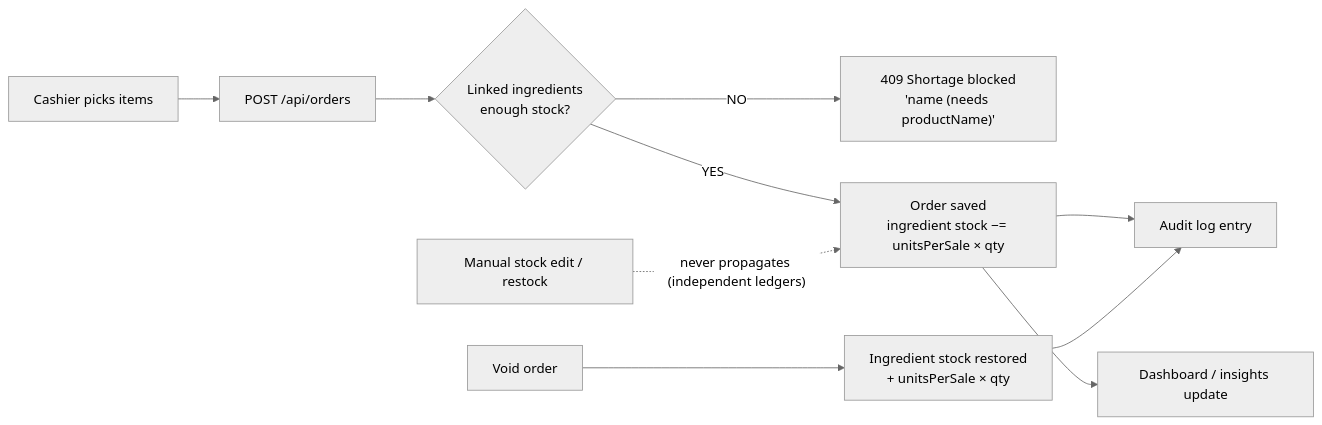
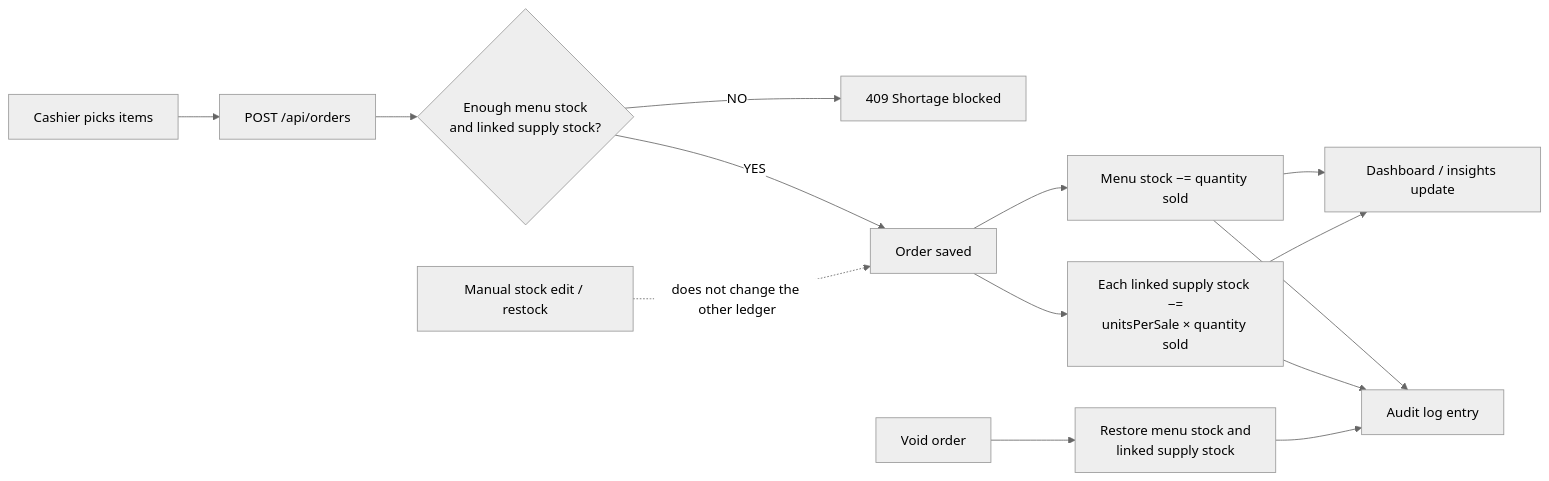
The second of 5 diagrams in WORKFLOW.md (gypsy074/POS-SYSTEM-SEASON3), drawn with Mermaid (neutral theme) before and after one commit. The commit also changed other lines of this file and 5 other files, not shown here.

````diff
--- a/WORKFLOW.md
+++ b/WORKFLOW.md
@@ -54,12 +54,16 @@
 ```mermaid
 flowchart LR
     A["Cashier picks items"] --> B["POST /api/orders"]
-    B --> C{"Linked ingredients<br/>enough stock?"}
-    C -- "NO" --> D["409 Shortage blocked<br/>'name (needs productName)'"]
-    C -- "YES" --> E["Order saved<br/>ingredient stock −= unitsPerSale × qty"]
-    E --> F["Audit log entry"]
-    E --> G["Dashboard / insights update"]
-    H["Void order"] --> I["Ingredient stock restored<br/>+ unitsPerSale × qty"]
+    B --> C{"Enough menu stock<br/>and linked supply stock?"}
+    C -- "NO" --> D["409 Shortage blocked"]
+    C -- "YES" --> E["Order saved"]
+    E --> M["Menu stock −= quantity sold"]
+    E --> S["Each linked supply stock −=<br/>unitsPerSale × quantity sold"]
+    M --> F["Audit log entry"]
+    S --> F
+    M --> G["Dashboard / insights update"]
+    S --> G
+    H["Void order"] --> I["Restore menu stock and<br/>linked supply stock"]
     I --> F
-    J["Manual stock edit / restock"] -. "never propagates (independent ledgers)" .-> E
+    J["Manual stock edit / restock"] -. "does not change the other ledger" .-> E
 ```
````
